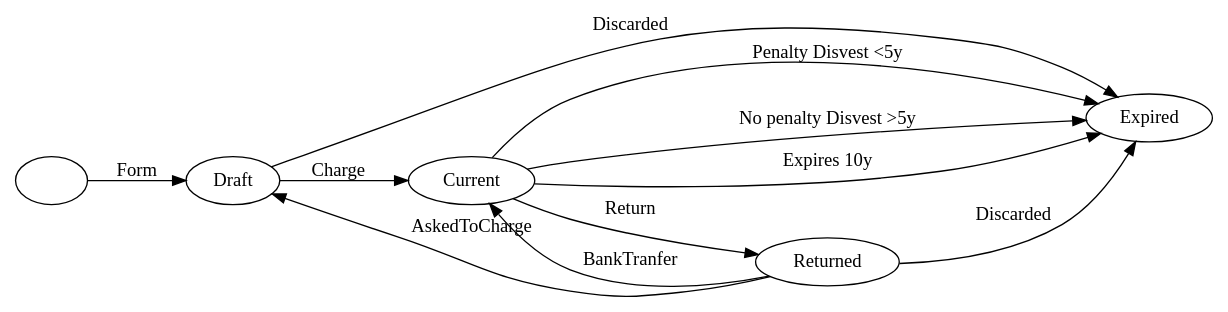
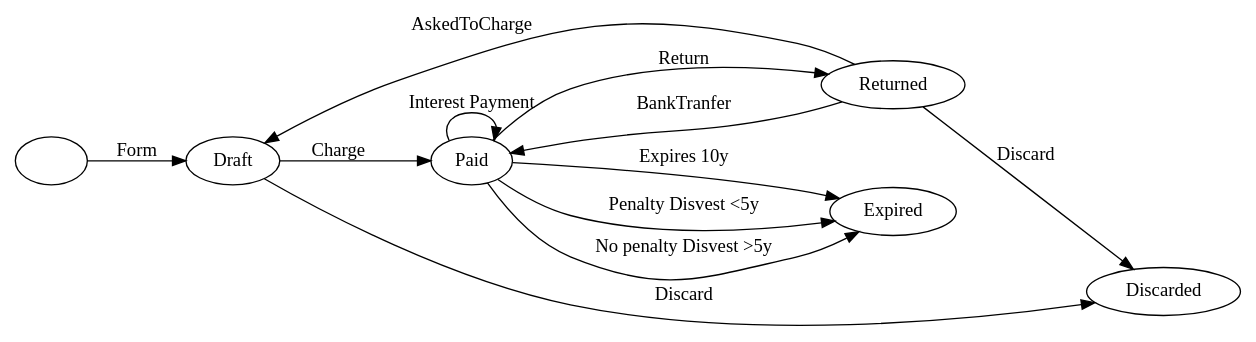
Before and after one commit to Som-Energia/somenergia-generationkwh: the diagram in docs/inversions-states-titols10.dot, drawn with Graphviz. The commit also changed 8 other files, not shown here.

```diff
--- a/docs/inversions-states-titols10.dot
+++ b/docs/inversions-states-titols10.dot
@@ -1,13 +1,15 @@
 digraph G {
 rankdir=LR
 "" -> Draft [label=Form]
-Draft -> Current [label=Charge]
-Current -> Returned [label=Return]
-Returned -> Current [label=BankTranfer]
+Draft -> Paid [label=Charge]
+Paid -> Paid [label="Interest Payment"]
+Paid -> Expired [label="Expires 10y"]
+Paid -> Expired [label="Penalty Disvest <5y"]
+Paid -> Expired [label="No penalty Disvest >5y"]
+
+Paid -> Returned [label=Return]
+Returned -> Paid [label=BankTranfer]
 Returned -> Draft [label=AskedToCharge]
-Returned -> Expired [label=Discarded]
-Draft -> Expired [label=Discarded]
-Current -> Expired [label="Penalty Disvest <5y"]
-Current -> Expired [label="No penalty Disvest >5y"]
-Current -> Expired [label="Expires 10y"]
+Returned -> Discarded [label=Discard]
+Draft -> Discarded [label=Discard]
 }
```
